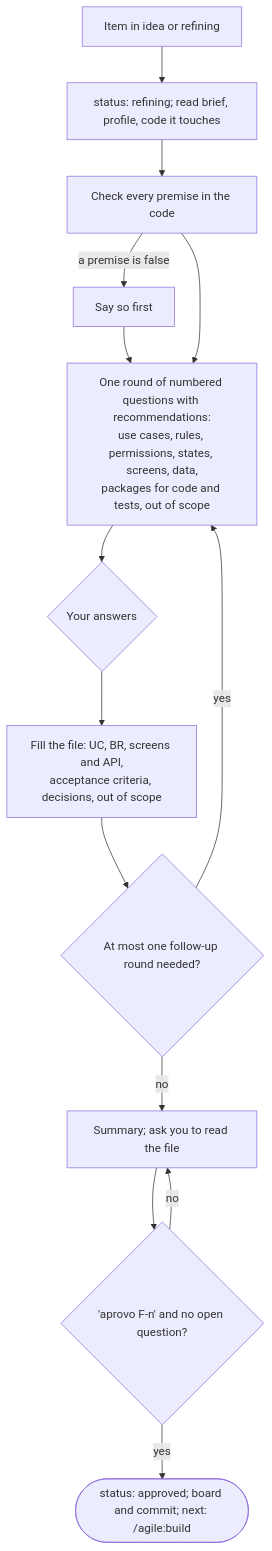
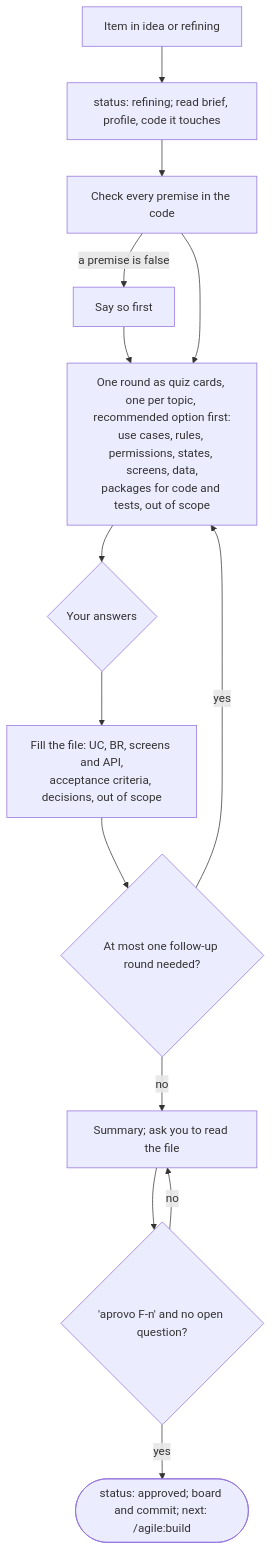
The sixth of 15 diagrams in docs/agile/workflow.md (alexcanario/simulab), drawn with Mermaid before and after one commit. The commit also changed other lines of this file and 2 other files, not shown here.

````diff
--- a/docs/agile/workflow.md
+++ b/docs/agile/workflow.md
@@ -882,16 +905,16 @@
 ```mermaid
 flowchart TD
     A["Item in idea or refining"] --> B["status: refining; read brief, profile, code it touches"]
     B --> C["Check every premise in the code"]
     C -->|a premise is false| C1["Say so first"]
     C1 --> D
-    C --> D["One round of numbered questions with recommendations:<br/>use cases, rules, permissions, states, screens, data,<br/>packages for code and tests, out of scope"]
+    C --> D["One round as quiz cards, one per topic, recommended option first:<br/>use cases, rules, permissions, states, screens, data,<br/>packages for code and tests, out of scope"]
     D --> E{"Your answers"}
     E --> F["Fill the file: UC, BR, screens and API,<br/>acceptance criteria, decisions, out of scope"]
     F --> G{"At most one follow-up round needed?"}
     G -->|yes| D
     G -->|no| H["Summary; ask you to read the file"]
     H --> I{"'aprovo F-n' and no open question?"}
     I -->|no| H
     I -->|yes| J(["status: approved; board and commit; next: /agile:build"])
 ```
````
